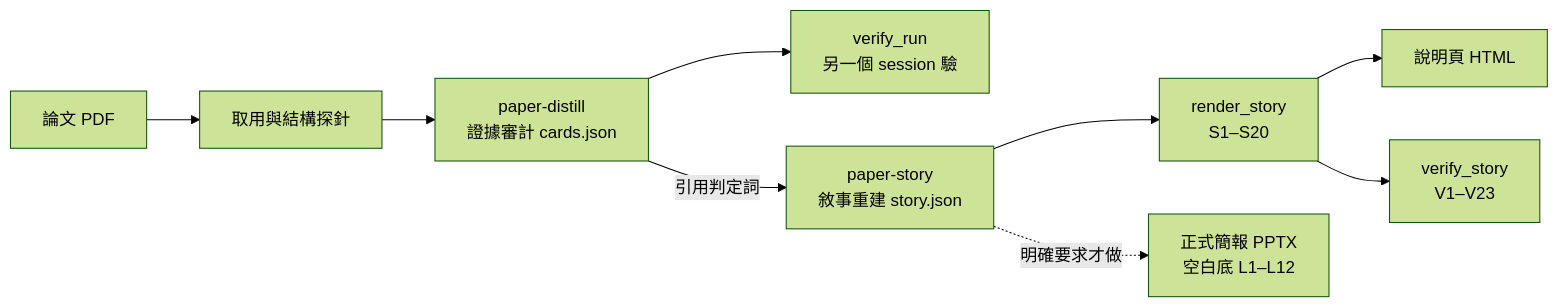
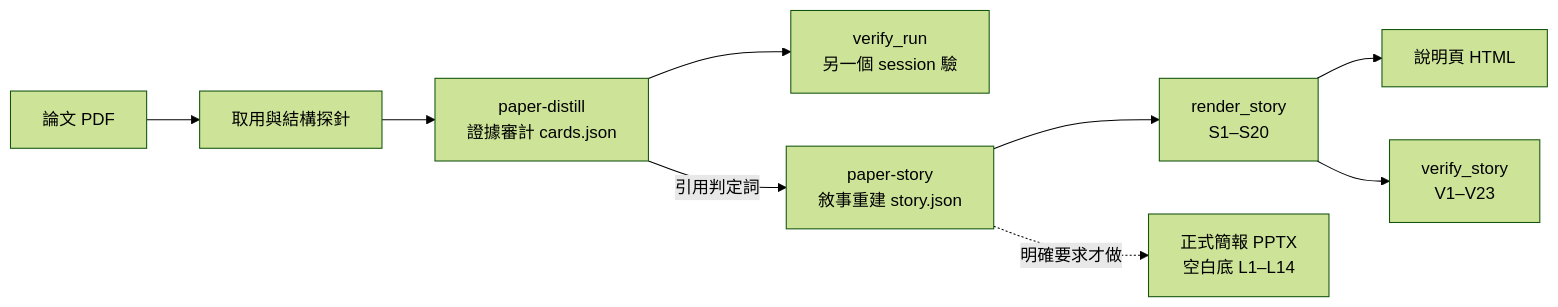
The diagram in README.md (WizerdBaChe/paper-survey-kit), drawn with Mermaid (forest theme) before and after one commit. The commit also changed other lines of this file and 10 other files, not shown here.

````diff
--- a/README.md
+++ b/README.md
@@ -86,11 +82,11 @@
 ```mermaid
 flowchart LR
   A[論文 PDF] --> B[取用與結構探針]
   B --> C[paper-distill<br/>證據審計 cards.json]
   C --> D[verify_run<br/>另一個 session 驗]
   C -- 引用判定詞 --> E[paper-story<br/>敘事重建 story.json]
   E --> F[render_story<br/>S1–S20]
   F --> G[說明頁 HTML]
   F --> H[verify_story<br/>V1–V23]
-  E -. 明確要求才做 .-> I[正式簡報 PPTX<br/>空白底 L1–L12]
+  E -. 明確要求才做 .-> I[正式簡報 PPTX<br/>空白底 L1–L14]
 ```
````
